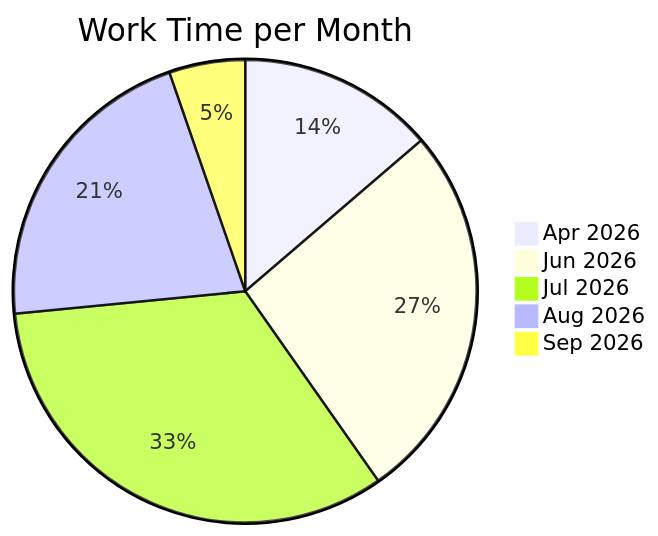
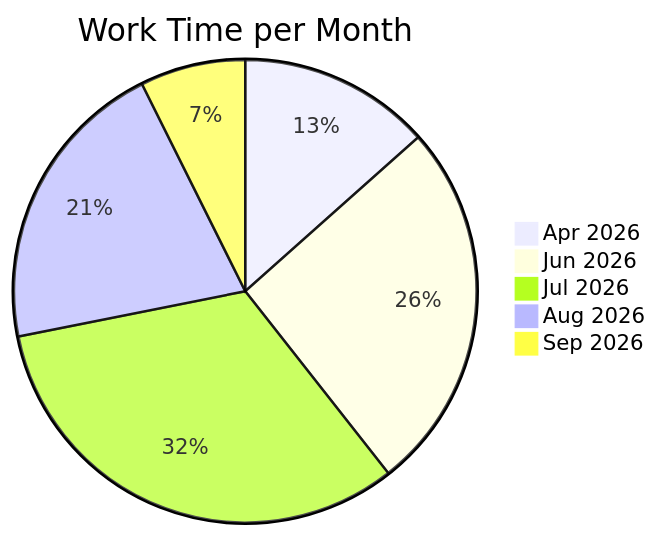
One commit to notWetro/time-tracker changed the diagram in README.md. Above: the diagram before and after it, drawn with Mermaid. The commit also changed other lines of this file and 1 other file, not shown here.

Commit message:
updated worktime

````diff
--- a/README.md
+++ b/README.md
@@ -13,9 +13,9 @@
 ```mermaid
 pie
     title Work Time per Month
     "Apr 2026" : 3.1
     "Jun 2026" : 6.0
     "Jul 2026" : 7.5
     "Aug 2026" : 4.8
-    "Sep 2026" : 1.2
+    "Sep 2026" : 1.7
 ```
````
